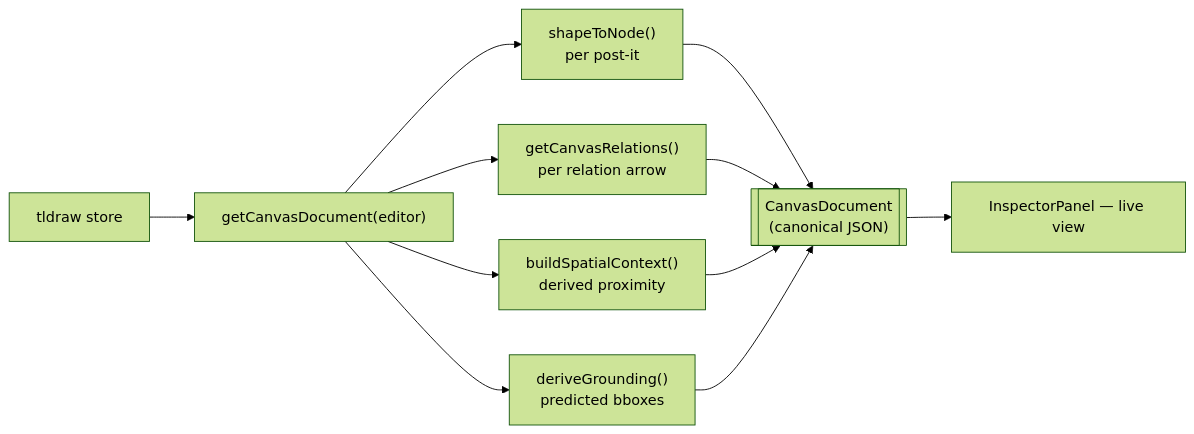
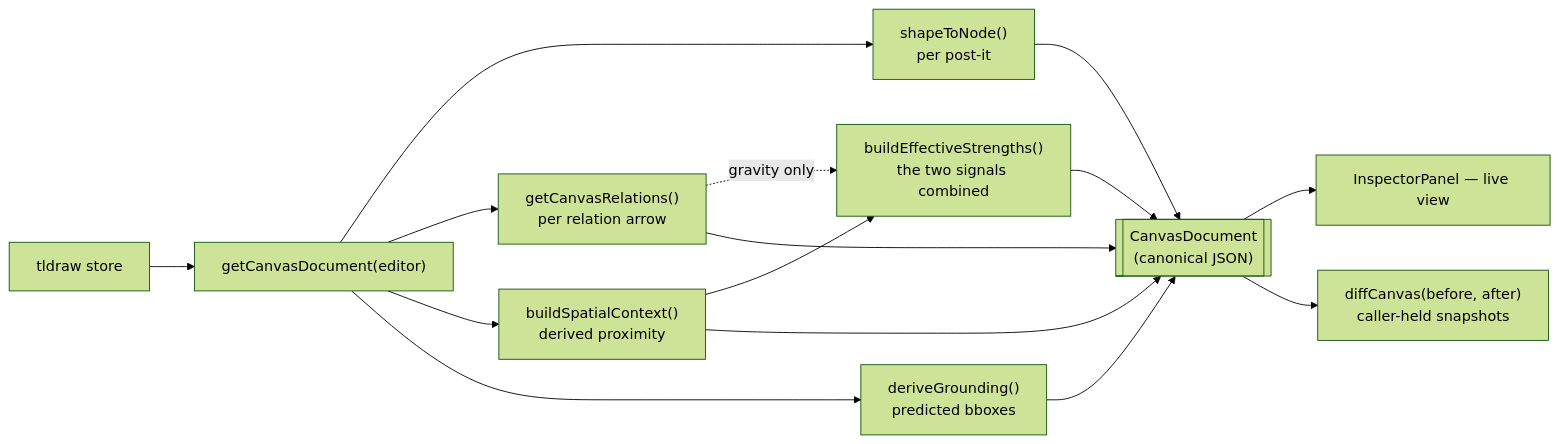
The second of 3 diagrams in CODEMAP.md (merdemkoc/llm-spatial-context), drawn with Mermaid (forest theme) before and after one commit. The commit also changed other lines of this file and 25 other files, not shown here.

````diff
--- a/CODEMAP.md
+++ b/CODEMAP.md
@@ -65,13 +67,17 @@
 ```mermaid
 flowchart LR
     store[tldraw store] --> gcd["getCanvasDocument(editor)"]
     gcd --> stn["shapeToNode()<br/>per post-it"]
     gcd --> gcr["getCanvasRelations()<br/>per relation arrow"]
     gcd --> bsc["buildSpatialContext()<br/>derived proximity"]
     gcd --> dg["deriveGrounding()<br/>predicted bboxes"]
+    bsc --> bes["buildEffectiveStrengths()<br/>the two signals combined"]
+    gcr -.->|"gravity only"| bes
     stn --> doc[["CanvasDocument<br/>(canonical JSON)"]]
     gcr --> doc
     bsc --> doc
+    bes --> doc
     dg --> doc
     doc --> insp[InspectorPanel — live view]
+    doc --> diff["diffCanvas(before, after)<br/>caller-held snapshots"]
 ```
````
